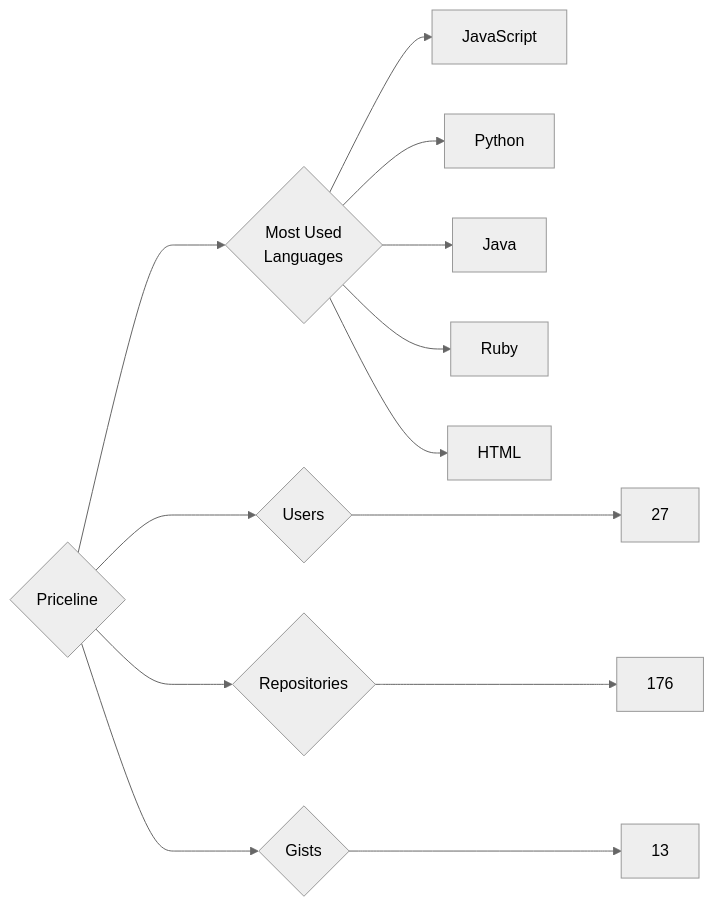
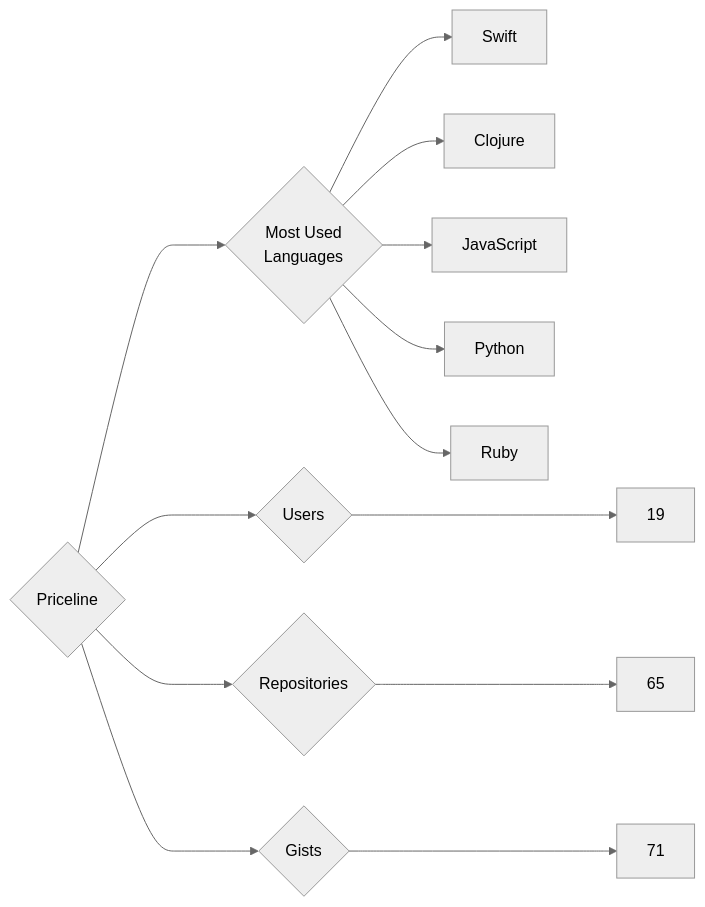
The diagram in targets/Priceline/README.md (trickest/insiders), drawn with Mermaid (neutral theme) before and after one commit. The commit also changed 534 other files, not shown here.

````diff
--- a/targets/Priceline/README.md
+++ b/targets/Priceline/README.md
@@ -3,13 +3,13 @@
 ```mermaid
 graph LR
 COMPANY_NAME{Priceline}
-COMPANY_NAME ---> U{Users} ---> UN[27]
-COMPANY_NAME ---> R{Repositories} ---> RN[176]
-COMPANY_NAME ---> G{Gists} ---> GN[13]
+COMPANY_NAME ---> U{Users} ---> UN[19]
+COMPANY_NAME ---> R{Repositories} ---> RN[65]
+COMPANY_NAME ---> G{Gists} ---> GN[71]
 COMPANY_NAME ---> ML{Most Used<br>Languages}
+ML --> Swift[Swift]
+ML --> Clojure[Clojure]
 ML --> JavaScript[JavaScript]
 ML --> Python[Python]
-ML --> Java[Java]
 ML --> Ruby[Ruby]
-ML --> HTML[HTML]
 ```
````
